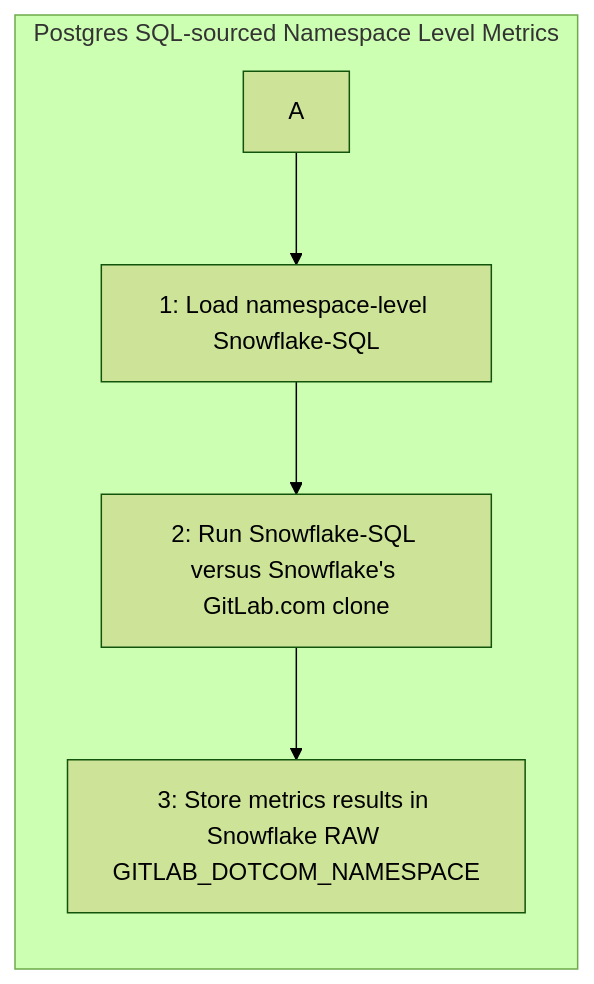
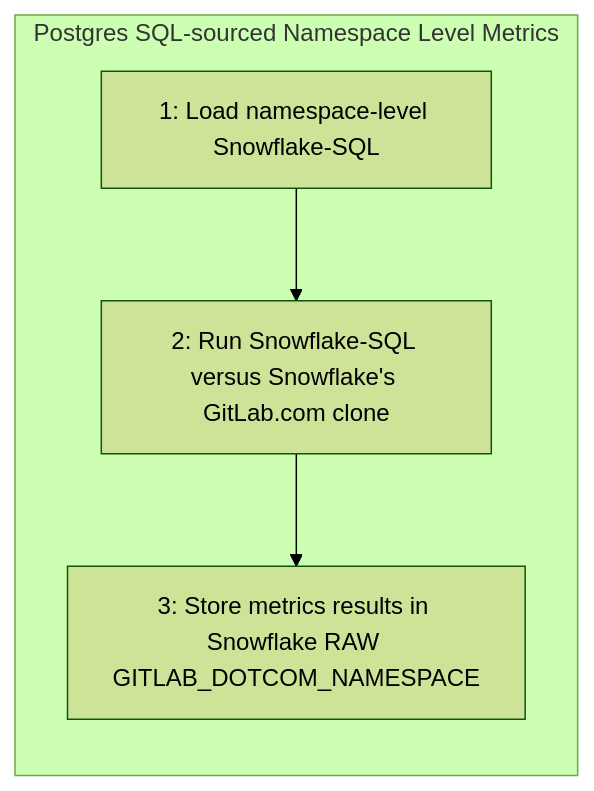
The third of 3 diagrams in business-technology/data-team/data-catalog/saas-service-ping-automation/index.html.md (secretstartups/handbook), drawn with Mermaid (forest theme) before and after one commit.

````diff
--- a/business-technology/data-team/data-catalog/saas-service-ping-automation/index.html.md
+++ b/business-technology/data-team/data-catalog/saas-service-ping-automation/index.html.md
@@ -99,8 +99,8 @@
 ```mermaid
 graph LR
 subgraph Postgres SQL-sourced Namespace Level Metrics
-A --> B[1: Load namespace-level Snowflake-SQL]
+B[1: Load namespace-level Snowflake-SQL]
 B --> C[2: Run Snowflake-SQL versus Snowflake's GitLab.com clone]
 C --> D[3: Store metrics results in Snowflake RAW GITLAB_DOTCOM_NAMESPACE]
 end
 ```
````
